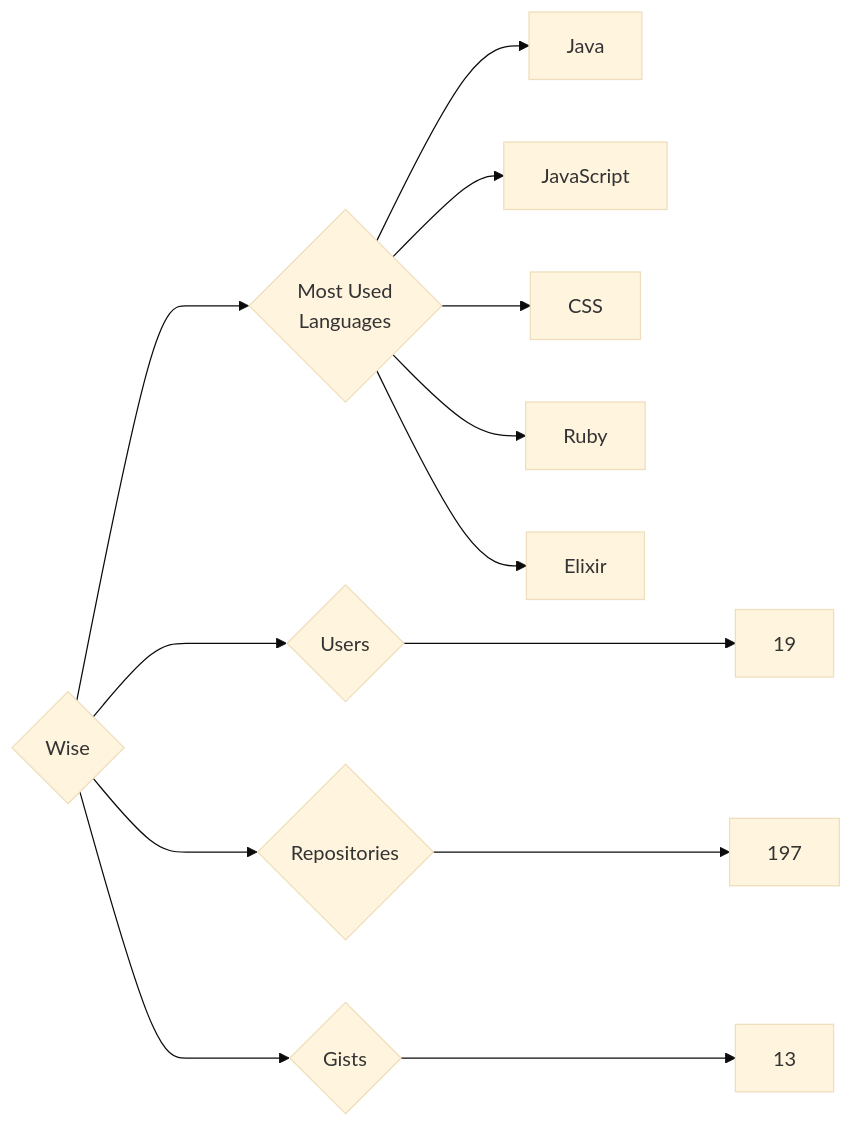
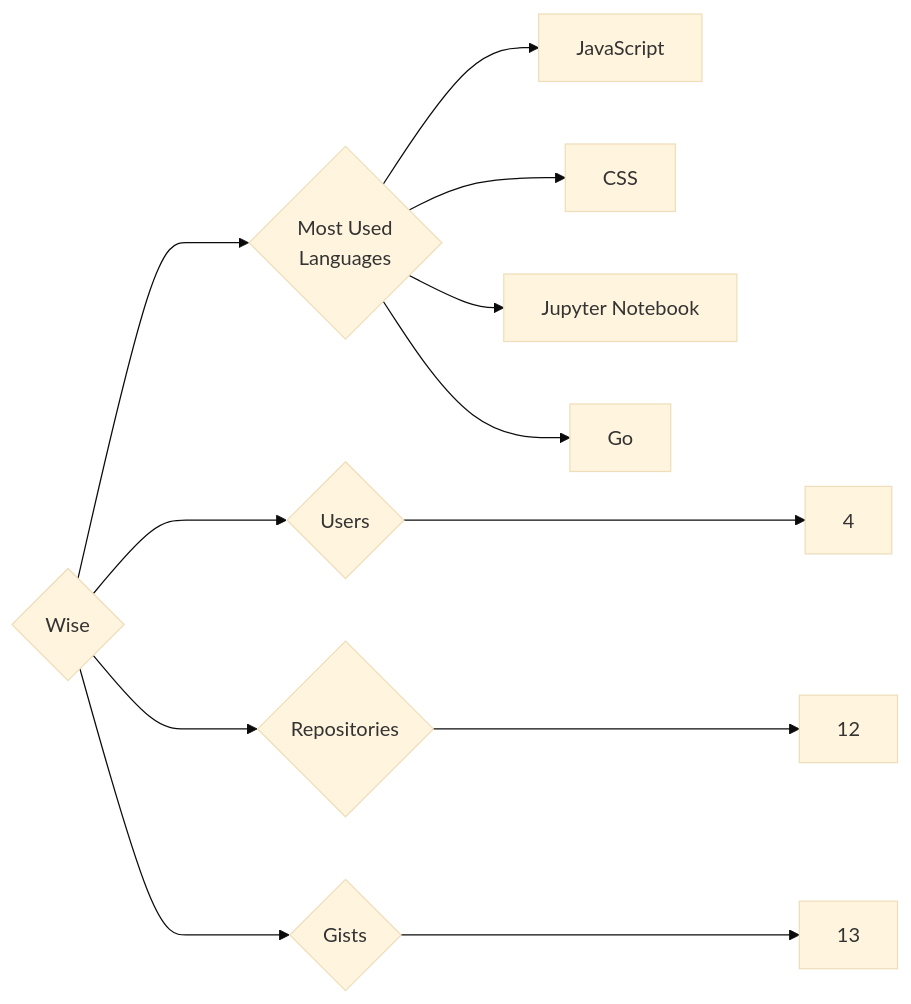
One commit to trickest/insiders changed the diagram in targets/Wise/README.md. Above: the diagram before and after it, drawn with Mermaid (base theme). The commit also changed 815 other files, not shown here.

````diff
--- a/targets/Wise/README.md
+++ b/targets/Wise/README.md
@@ -3,13 +3,12 @@
 ```mermaid
 graph LR
 COMPANY_NAME{Wise}
-COMPANY_NAME ---> U{Users} ---> UN[19]
-COMPANY_NAME ---> R{Repositories} ---> RN[197]
+COMPANY_NAME ---> U{Users} ---> UN[4]
+COMPANY_NAME ---> R{Repositories} ---> RN[12]
 COMPANY_NAME ---> G{Gists} ---> GN[13]
 COMPANY_NAME ---> ML{Most Used<br>Languages}
-ML --> Java[Java]
 ML --> JavaScript[JavaScript]
 ML --> CSS[CSS]
-ML --> Ruby[Ruby]
-ML --> Elixir[Elixir]
+ML --> Jupyter_Notebook[Jupyter Notebook]
+ML --> Go[Go]
 ```
````
